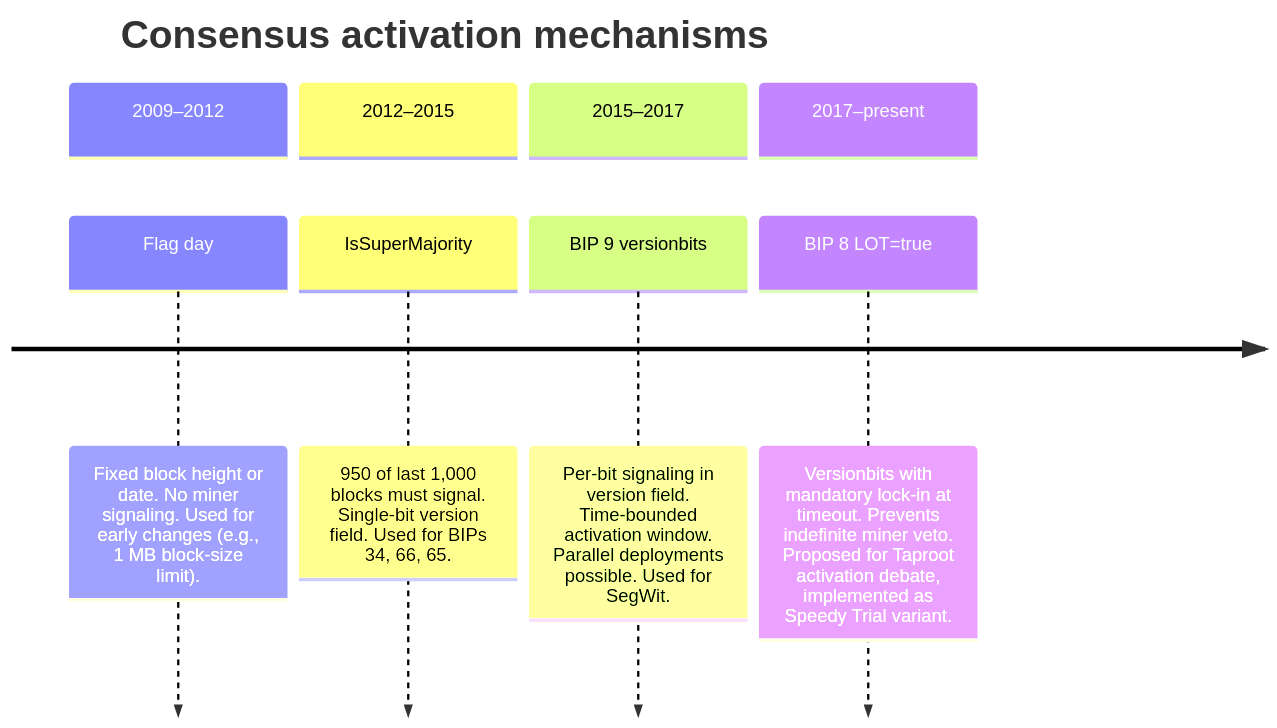
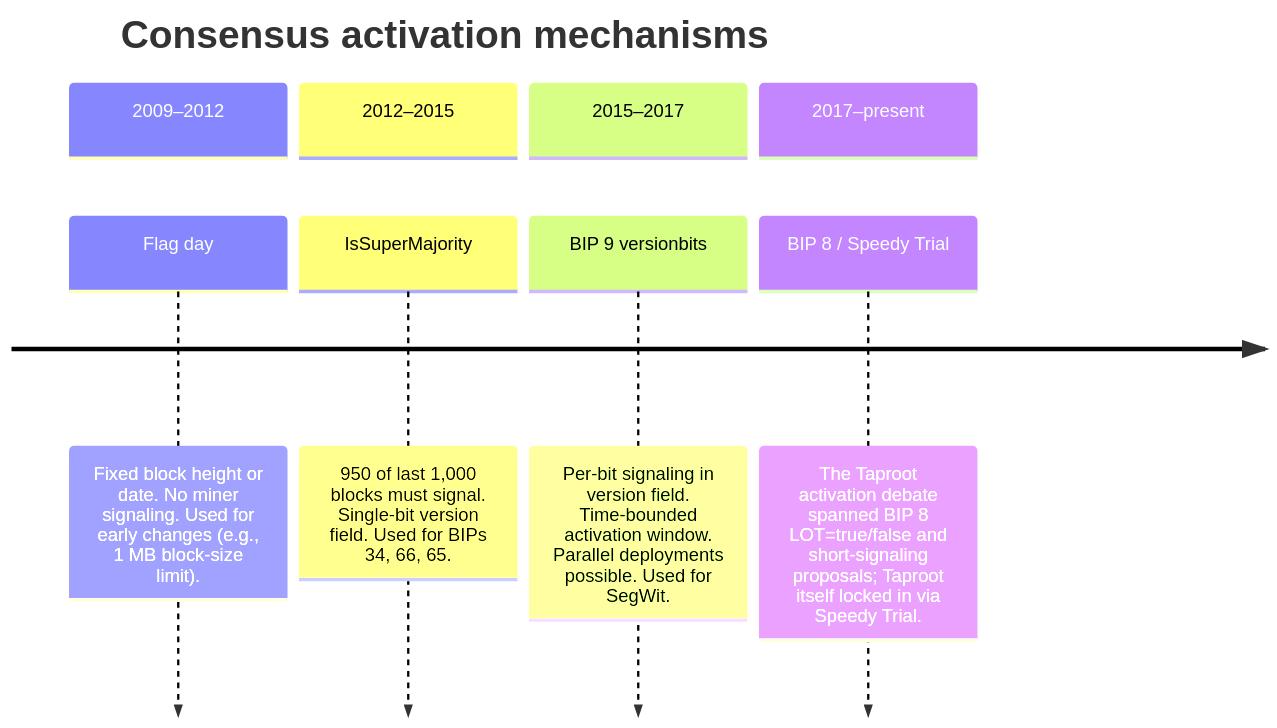
Before and after one commit to cypher256/BitcoinArchive: the fifth of 5 diagrams in src/data/entries/en/design/2009-01-03-bitcoin-consensus-design.md, drawn with Mermaid. The commit also changed 7 other files, not shown here.

First line of the commit message:
Design pages: fix Speedy Trial factual error + sweep residual EN labels

````diff
--- a/src/data/entries/en/design/2009-01-03-bitcoin-consensus-design.md
+++ b/src/data/entries/en/design/2009-01-03-bitcoin-consensus-design.md
@@ -198,12 +198,12 @@
 ```mermaid
 timeline
     title Consensus activation mechanisms
     section 2009–2012
         Flag day : Fixed block height or date. No miner signaling. Used for early changes (e.g., 1 MB block-size limit).
     section 2012–2015
         IsSuperMajority : 950 of last 1,000 blocks must signal. Single-bit version field. Used for BIPs 34, 66, 65.
     section 2015–2017
         BIP 9 versionbits : Per-bit signaling in version field. Time-bounded activation window. Parallel deployments possible. Used for SegWit.
     section 2017–present
-        BIP 8 LOT=true : Versionbits with mandatory lock-in at timeout. Prevents indefinite miner veto. Proposed for Taproot activation debate, implemented as Speedy Trial variant.
+        BIP 8 / Speedy Trial : The Taproot activation debate spanned BIP 8 LOT=true/false and short-signaling proposals; Taproot itself locked in via Speedy Trial.
 ```
````
